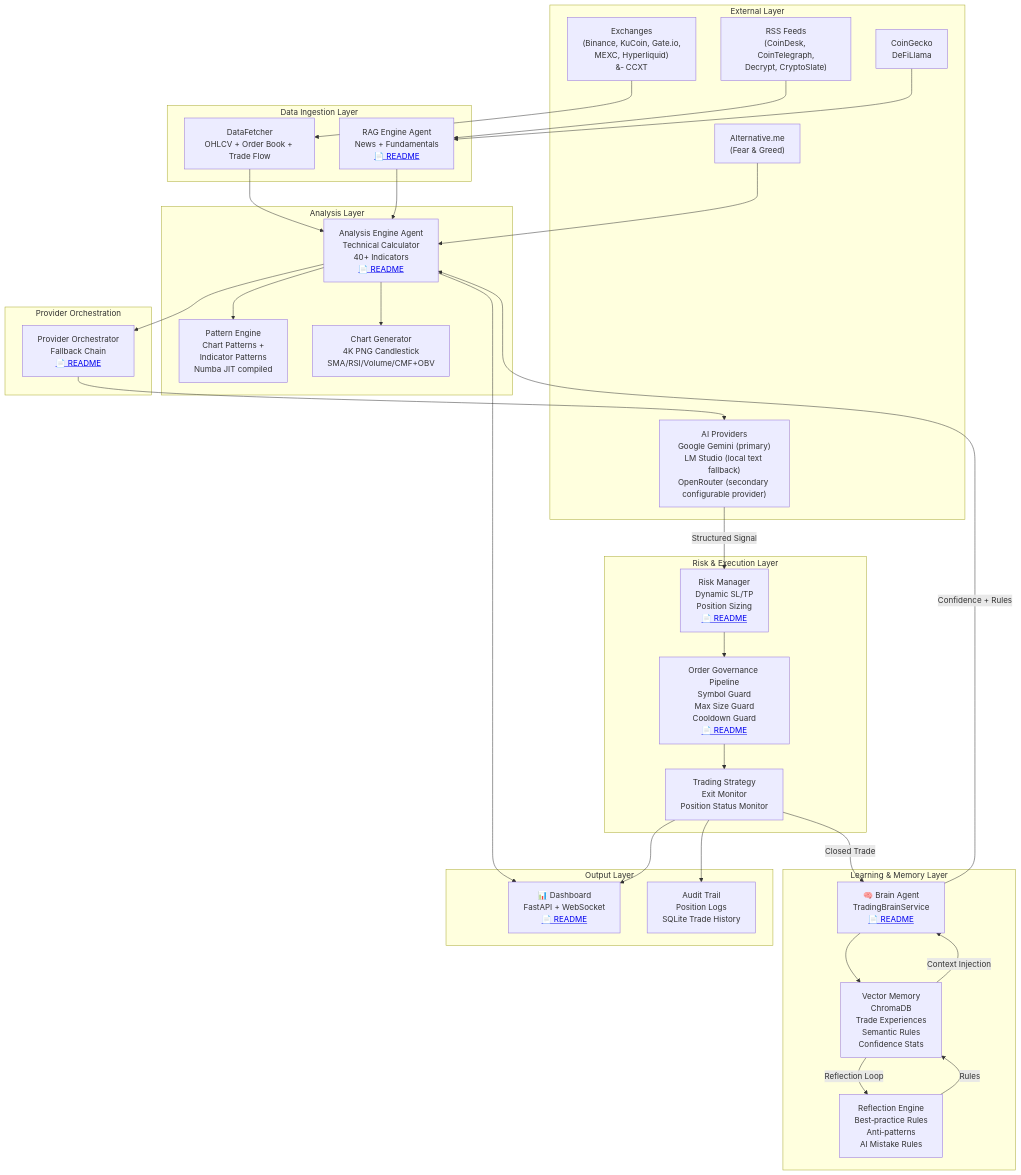
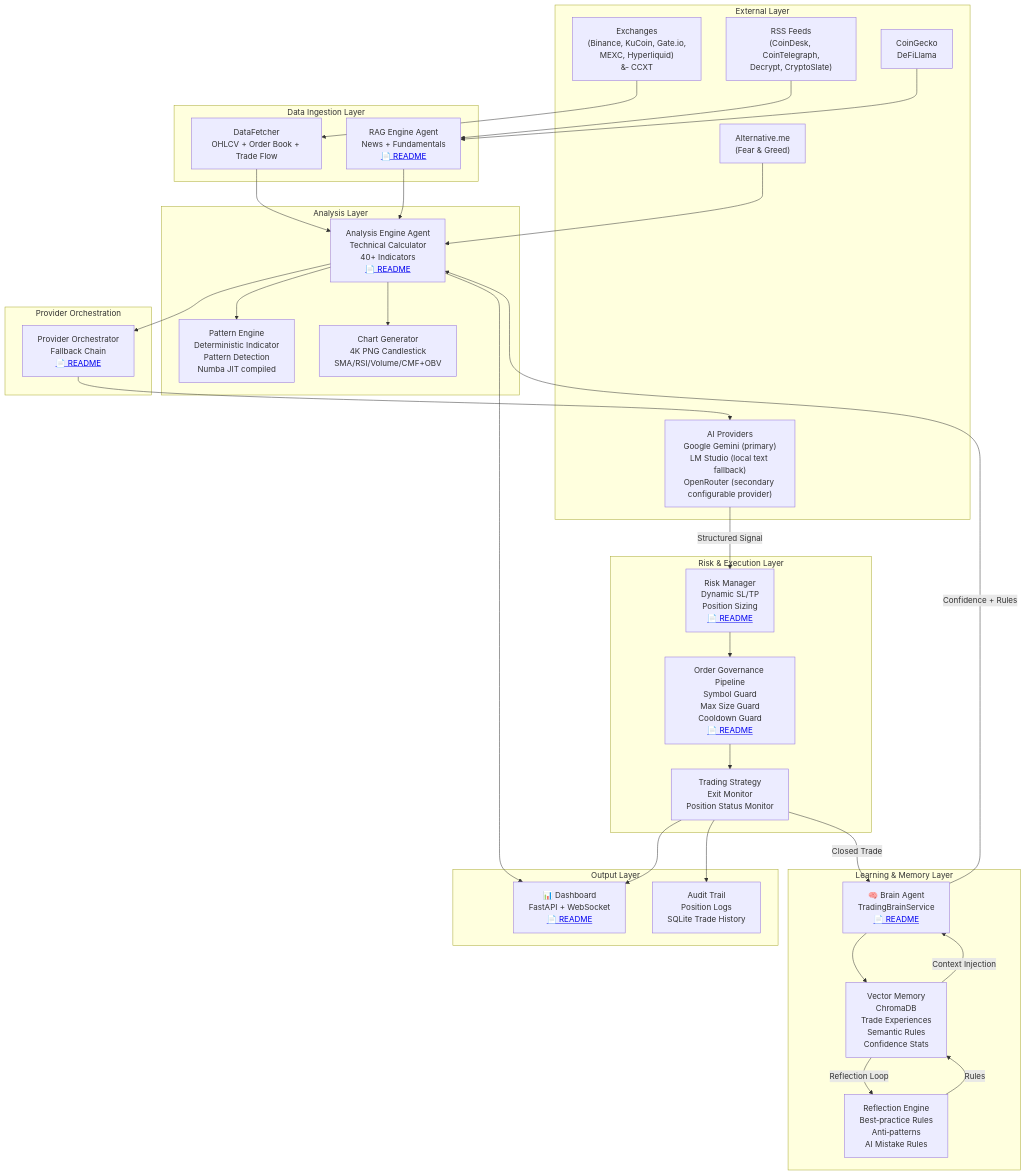
The diagram in AGENTS.md (qrak/LLM_trader), drawn with Mermaid before and after one commit. The commit also changed other lines of this file and 5 other files, not shown here.

````diff
--- a/AGENTS.md
+++ b/AGENTS.md
@@ -25,70 +25,70 @@
 ```mermaid
 flowchart TB
     subgraph External["External Layer"]
         EX["Exchanges<br/>(Binance, KuCoin, Gate.io,<br/>MEXC, Hyperliquid)<br/>&#8209; CCXT"]
         CG["CoinGecko<br/>DeFiLlama"]
         ALT["Alternative.me<br/>(Fear & Greed)"]
         RSS["RSS Feeds<br/>(CoinDesk, CoinTelegraph,<br/>Decrypt, CryptoSlate)"]
         AI_PROV["AI Providers<br/>Google Gemini (primary)<br/>LM Studio (local text fallback)<br/>OpenRouter (secondary configurable provider)"]
     end
 
     subgraph DataIngestion["Data Ingestion Layer"]
         DF["DataFetcher<br/>OHLCV + Order Book + Trade Flow"]
         RAG["RAG Engine Agent<br/>News + Fundamentals<br/><a href='./src/rag/AGENTS.md'>📄 README</a>"]
     end
 
     subgraph AnalysisLayer["Analysis Layer"]
         TA["Analysis Engine Agent<br/>Technical Calculator<br/>40+ Indicators<br/><a href='./src/analyzer/AGENTS.md'>📄 README</a>"]
-        PE["Pattern Engine<br/>Chart Patterns +<br/>Indicator Patterns<br/>Numba JIT compiled"]
+        PE["Pattern Engine<br/>Deterministic Indicator<br/>Pattern Detection<br/>Numba JIT compiled"]
         CGEN["Chart Generator<br/>4K PNG Candlestick<br/>SMA/RSI/Volume/CMF+OBV"]
     end
 
     subgraph BrainLayer["Learning & Memory Layer"]
         BRAIN["🧠 Brain Agent<br/>TradingBrainService<br/><a href='./src/trading/AGENTS.md'>📄 README</a>"]
         VM["Vector Memory<br/>ChromaDB<br/>Trade Experiences<br/>Semantic Rules<br/>Confidence Stats"]
         REFL["Reflection Engine<br/>Best‑practice Rules<br/>Anti‑patterns<br/>AI Mistake Rules"]
     end
 
     subgraph RiskLayer["Risk & Execution Layer"]
         RP["Risk Manager<br/>Dynamic SL/TP<br/>Position Sizing<br/><a href='./src/managers/AGENTS.md'>📄 README</a>"]
         GP["Order Governance Pipeline<br/>Symbol Guard<br/>Max Size Guard<br/>Cooldown Guard<br/><a href='./src/trading/guards/AGENTS.md'>📄 README</a>"]
         STRAT["Trading Strategy<br/>Exit Monitor<br/>Position Status Monitor"]
     end
 
     subgraph Output["Output Layer"]
         DASH["📊 Dashboard<br/>FastAPI + WebSocket<br/><a href='./src/dashboard/AGENTS.md'>📄 README</a>"]
         LOGS["Audit Trail<br/>Position Logs<br/>SQLite Trade History"]
     end
 
     subgraph Providers["Provider Orchestration"]
         PO["Provider Orchestrator<br/>Fallback Chain<br/><a href='./src/managers/AGENTS.md'>📄 README</a>"]
     end
 
     %% Data Flow
     EX --> DF
     RSS --> RAG
     CG --> RAG
     ALT --> TA
     DF --> TA
     TA --> PE
     TA --> CGEN
     
     RAG --> TA
     TA --> PO
     PO --> AI_PROV
     
     AI_PROV -->|"Structured Signal"| RP
     RP --> GP
     GP --> STRAT
     
     STRAT -->|"Closed Trade"| BRAIN
     BRAIN --> VM
     VM -->|"Reflection Loop"| REFL
     REFL -->|"Rules"| VM
     VM -->|"Context Injection"| BRAIN
     BRAIN -->|"Confidence + Rules"| TA
     
     TA --> DASH
     STRAT --> DASH
     STRAT --> LOGS
 ```
````
